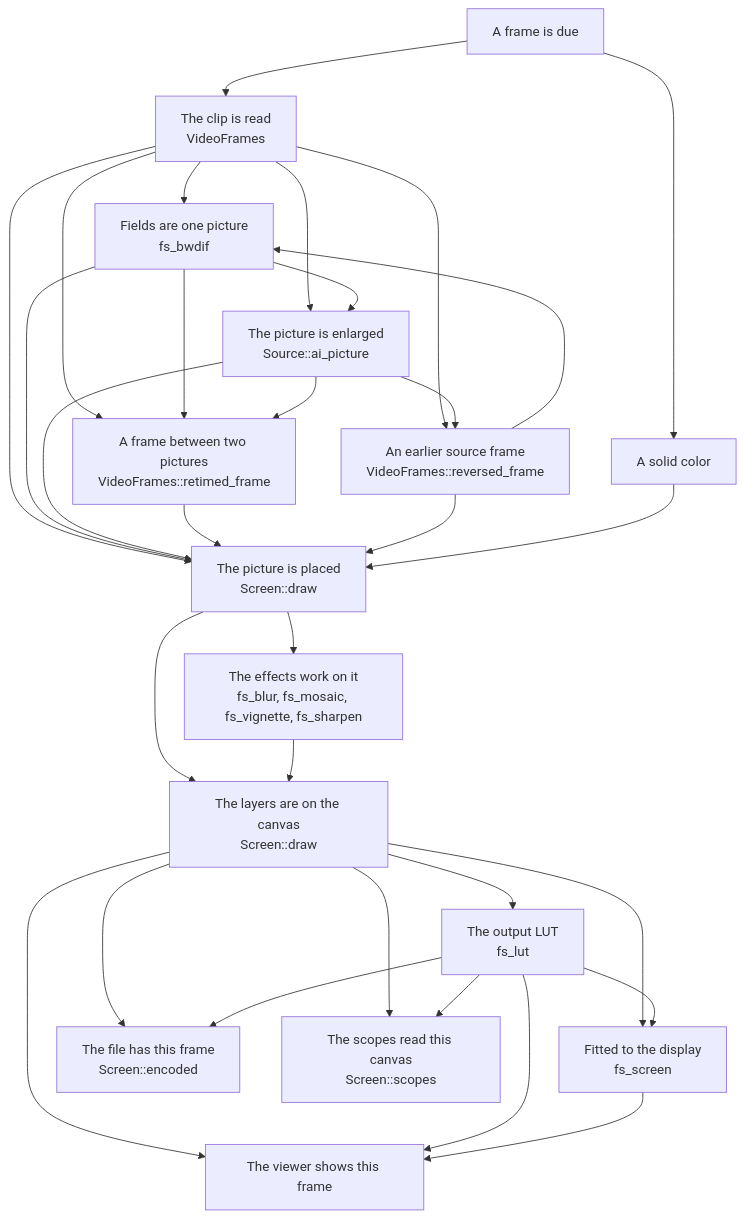
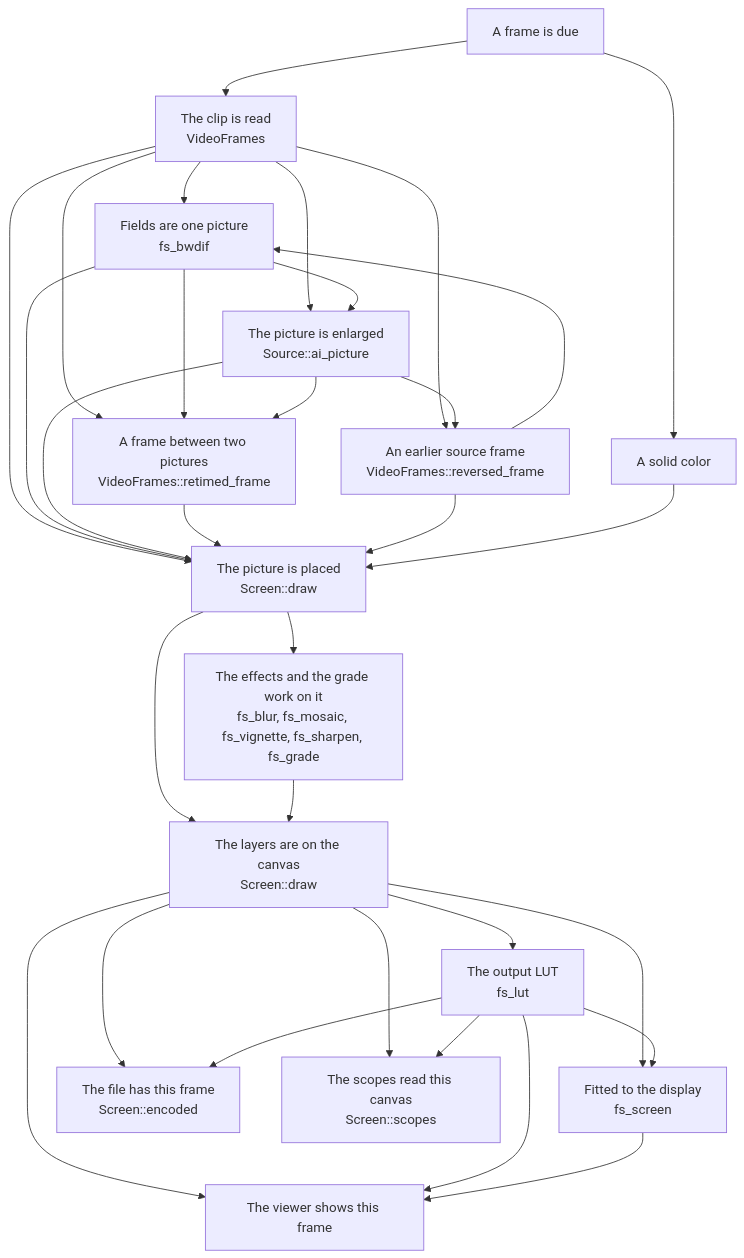
Before and after one commit to oittaa/vidcut: the third of 3 diagrams in docs/design/README.md, drawn with Mermaid. The commit also changed other lines of this file and 31 other files, not shown here.

````diff
--- a/docs/design/README.md
+++ b/docs/design/README.md
@@ -61,48 +61,48 @@
 ```mermaid
 flowchart TD
   due["A frame is due"]
   read["The clip is read<br>VideoFrames"]
   solid["A solid color"]
   weave["Fields are one picture<br>fs_bwdif"]
   grow["The picture is enlarged<br>Source::ai_picture"]
   between["A frame between two pictures<br>VideoFrames::retimed_frame"]
   earlier["An earlier source frame<br>VideoFrames::reversed_frame"]
   place["The picture is placed<br>Screen::draw"]
-  fx["The effects work on it<br>fs_blur, fs_mosaic, fs_vignette, fs_sharpen"]
+  fx["The effects and the grade work on it<br>fs_blur, fs_mosaic, fs_vignette, fs_sharpen, fs_grade"]
   mix["The layers are on the canvas<br>Screen::draw"]
   looked["The output LUT<br>fs_lut"]
   show["The viewer shows this frame"]
   mapped["Fitted to the display<br>fs_screen"]
   file["The file has this frame<br>Screen::encoded"]
   scopes["The scopes read this canvas<br>Screen::scopes"]
   due --> read
   due --> solid
   read --> weave
   read --> grow
   read --> between
   read --> earlier
   read --> place
   weave --> grow
   weave --> between
   weave --> place
   grow --> between
   grow --> earlier
   grow --> place
   between --> place
   earlier --> weave
   earlier --> place
   solid --> place
   place --> fx
   place --> mix
   fx --> mix
   mix --> looked
   mix --> show
   mix --> mapped
   mix --> file
   mix --> scopes
   looked --> show
   looked --> mapped
   looked --> file
   looked --> scopes
   mapped --> show
 ```
````
